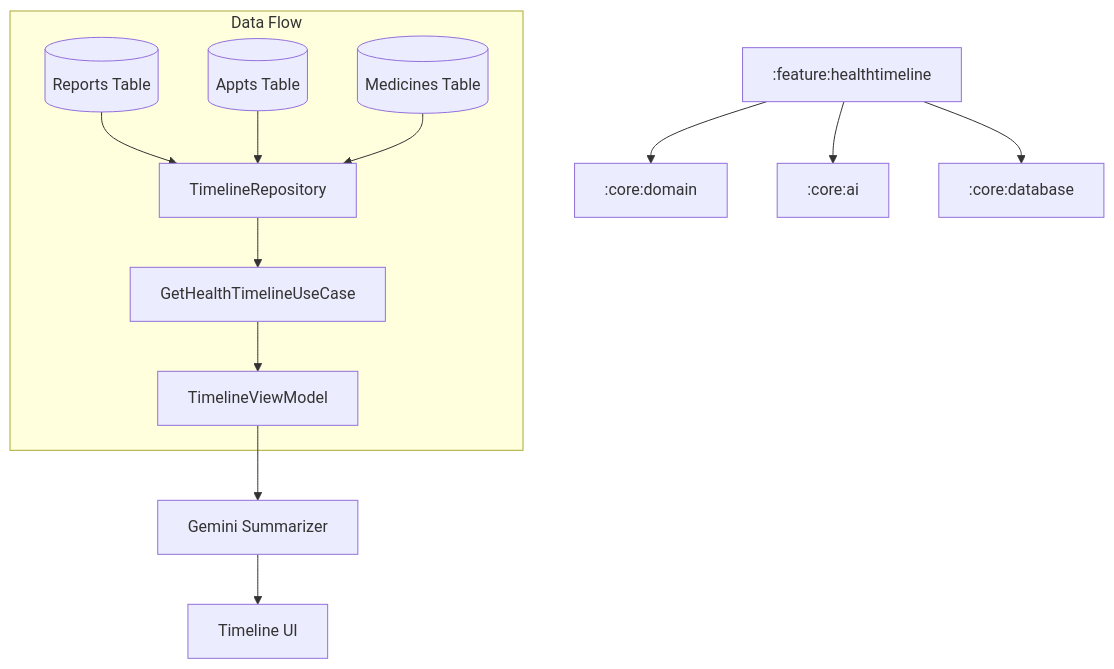
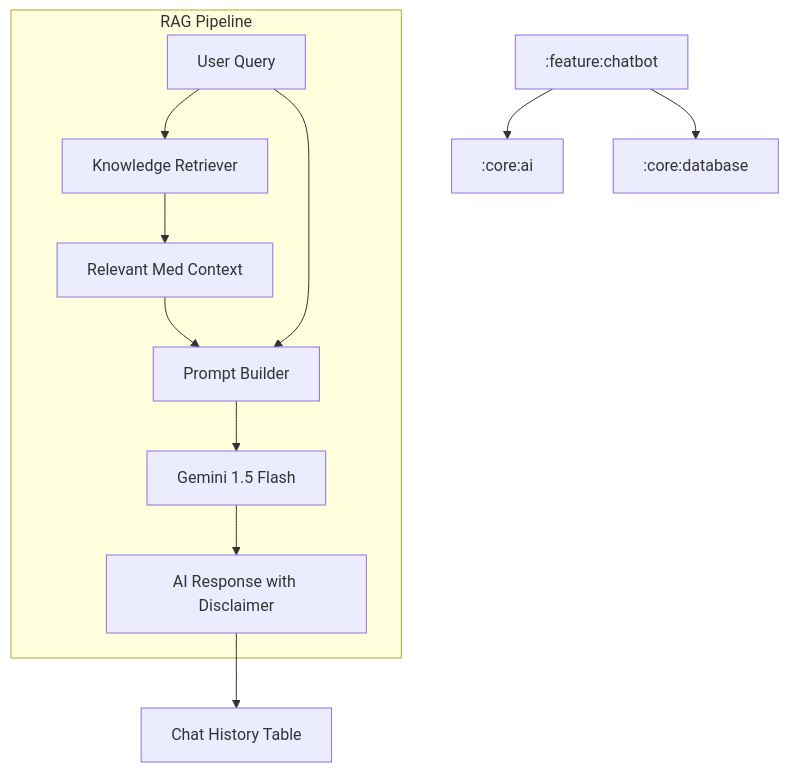
One commit to KotlinFiroj/Ai-HealthCare-App changed the diagram in .artifacts/4dc8775b-7ddf-49a0-b4e6-8fda79cbdfec/implementation_plan.artifact.md. Above: the diagram before and after it, drawn with Mermaid. The commit also changed other lines of this file and 21 other files, not shown here.

Commit message:
Implement Phase 12: AI Medical Chatbot module with chat history management, context-aware responses, and modern UI components

````diff
--- a/.artifacts/4dc8775b-7ddf-49a0-b4e6-8fda79cbdfec/implementation_plan.artifact.md
+++ b/.artifacts/4dc8775b-7ddf-49a0-b4e6-8fda79cbdfec/implementation_plan.artifact.md
@@ -52,17 +45,16 @@
 ```mermaid
 graph TD
-    F_Timeline[:feature:healthtimeline] --> C_Domain[:core:domain]
-    F_Timeline --> C_AI[:core:ai]
-    F_Timeline --> C_DB[:core:database]
+    F_Chat[:feature:chatbot] --> C_AI[:core:ai]
+    F_Chat --> C_DB[:core:database]
 
-    subgraph Data Flow
-        DB_Reports[(Reports Table)] --> Repo[TimelineRepository]
-        DB_Appts[(Appts Table)] --> Repo
-        DB_Meds[(Medicines Table)] --> Repo
-        Repo --> UseCase[GetHealthTimelineUseCase]
-        UseCase --> VM[TimelineViewModel]
+    subgraph RAG Pipeline
+        UserQuery[User Query] --> Retriever[Knowledge Retriever]
+        Retriever --> Context[Relevant Med Context]
+        Context --> Prompt[Prompt Builder]
+        UserQuery --> Prompt
+        Prompt --> Gemini[Gemini 1.5 Flash]
+        Gemini --> Response[AI Response with Disclaimer]
     end
 
-    VM --> Gemini[Gemini Summarizer]
-    Gemini --> UI[Timeline UI]
+    Response --> History[Chat History Table]
 ```
````
